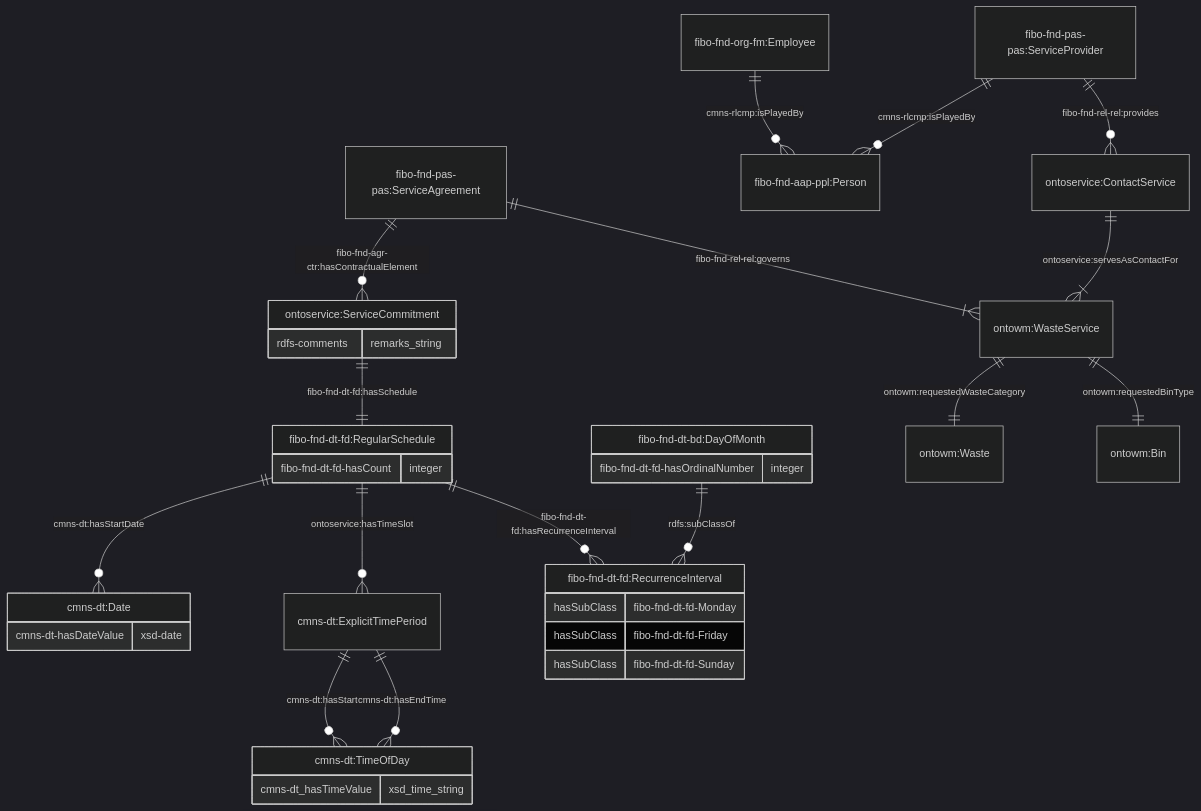
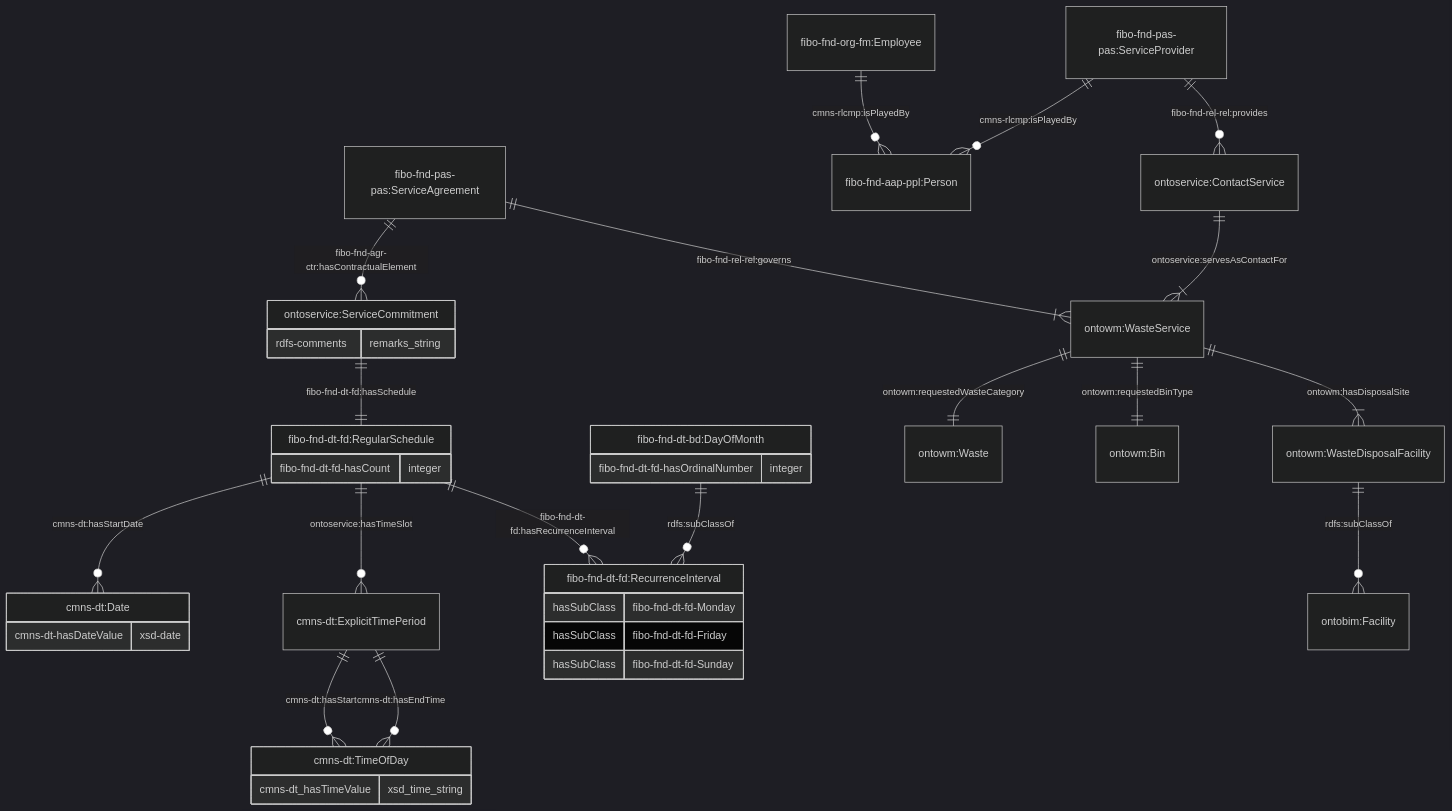
The second of 8 diagrams in JPS_Ontology/ontology/ontowastemanagement/README.md (cambridge-cares/TheWorldAvatar), drawn with Mermaid (dark theme) before and after one commit. The commit also changed 2 other files, not shown here.

Commit message:
dev-ontowastemanagement: Move waste disposal site to waste service

````diff
--- a/JPS_Ontology/ontology/ontowastemanagement/README.md
+++ b/JPS_Ontology/ontology/ontowastemanagement/README.md
@@ -111,44 +111,46 @@
 ```mermaid
     erDiagram
     "fibo-fnd-pas-pas:ServiceAgreement" ||--o{ "ontoservice:ServiceCommitment" : "fibo-fnd-agr-ctr:hasContractualElement"
 
     "ontoservice:ServiceCommitment" {
         rdfs-comments remarks_string
     }
 
     "ontoservice:ServiceCommitment" ||--|| "fibo-fnd-dt-fd:RegularSchedule" : "fibo-fnd-dt-fd:hasSchedule"
      "fibo-fnd-dt-fd:RegularSchedule" {
         fibo-fnd-dt-fd-hasCount integer
     }
     "fibo-fnd-dt-fd:RegularSchedule" ||--o{ "cmns-dt:Date" : "cmns-dt:hasStartDate"
     "cmns-dt:Date" {
         cmns-dt-hasDateValue xsd-date
     }
 
     "fibo-fnd-dt-fd:RegularSchedule" ||--o{ "cmns-dt:ExplicitTimePeriod" : "ontoservice:hasTimeSlot"
     "cmns-dt:ExplicitTimePeriod" ||--o{ "cmns-dt:TimeOfDay" : "cmns-dt:hasStart"
     "cmns-dt:ExplicitTimePeriod" ||--o{ "cmns-dt:TimeOfDay" : "cmns-dt:hasEndTime"
     "cmns-dt:TimeOfDay" {
         cmns-dt_hasTimeValue xsd_time_string
     }
 
     "fibo-fnd-dt-fd:RegularSchedule" ||--o{ "fibo-fnd-dt-fd:RecurrenceInterval" : "fibo-fnd-dt-fd:hasRecurrenceInterval"
     "fibo-fnd-dt-fd:RecurrenceInterval" {
         hasSubClass fibo-fnd-dt-fd-Monday
         hasSubClass fibo-fnd-dt-fd-Friday
         hasSubClass fibo-fnd-dt-fd-Sunday
     }
     "fibo-fnd-dt-bd:DayOfMonth" ||--o{ "fibo-fnd-dt-fd:RecurrenceInterval" : "rdfs:subClassOf"
     "fibo-fnd-dt-bd:DayOfMonth" {
         fibo-fnd-dt-fd-hasOrdinalNumber integer
     }
 
     "fibo-fnd-pas-pas:ServiceAgreement" ||--|{ "ontowm:WasteService" : "fibo-fnd-rel-rel:governs"
     "ontowm:WasteService" ||--|| "ontowm:Waste" : "ontowm:requestedWasteCategory"
     "ontowm:WasteService" ||--|| "ontowm:Bin" : "ontowm:requestedBinType"
+    "ontowm:WasteService" ||--|{ "ontowm:WasteDisposalFacility" : "ontowm:hasDisposalSite"
+    "ontowm:WasteDisposalFacility" ||--o{ "ontobim:Facility" : "rdfs:subClassOf"
 
     "fibo-fnd-org-fm:Employee" ||--o{ "fibo-fnd-aap-ppl:Person"  : "cmns-rlcmp:isPlayedBy"
     "fibo-fnd-pas-pas:ServiceProvider" ||--o{ "fibo-fnd-aap-ppl:Person"  : "cmns-rlcmp:isPlayedBy"
     "fibo-fnd-pas-pas:ServiceProvider" ||--o{ "ontoservice:ContactService"  : "fibo-fnd-rel-rel:provides"
     "ontoservice:ContactService" ||--|{ "ontowm:WasteService" : "ontoservice:servesAsContactFor"
 ```
````
